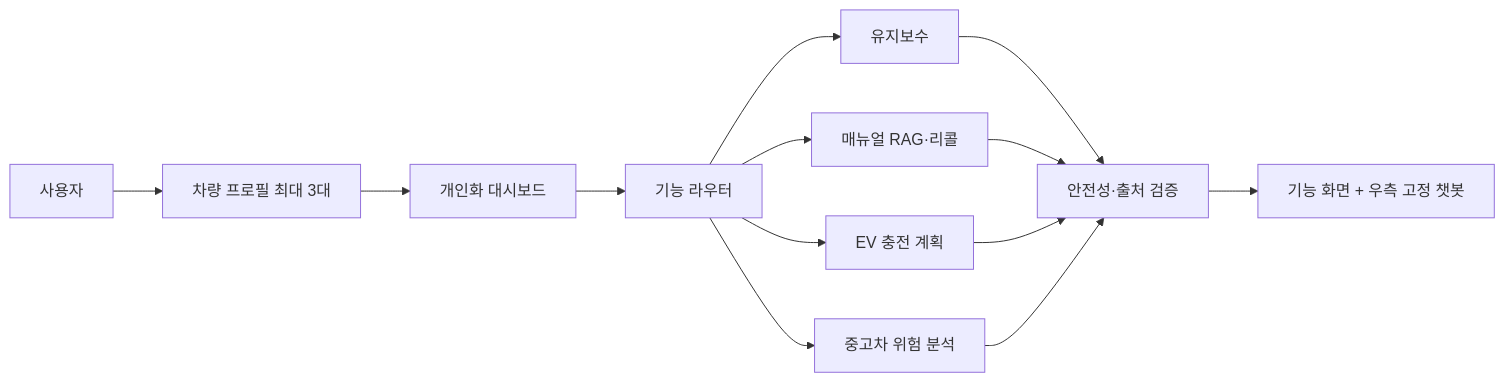
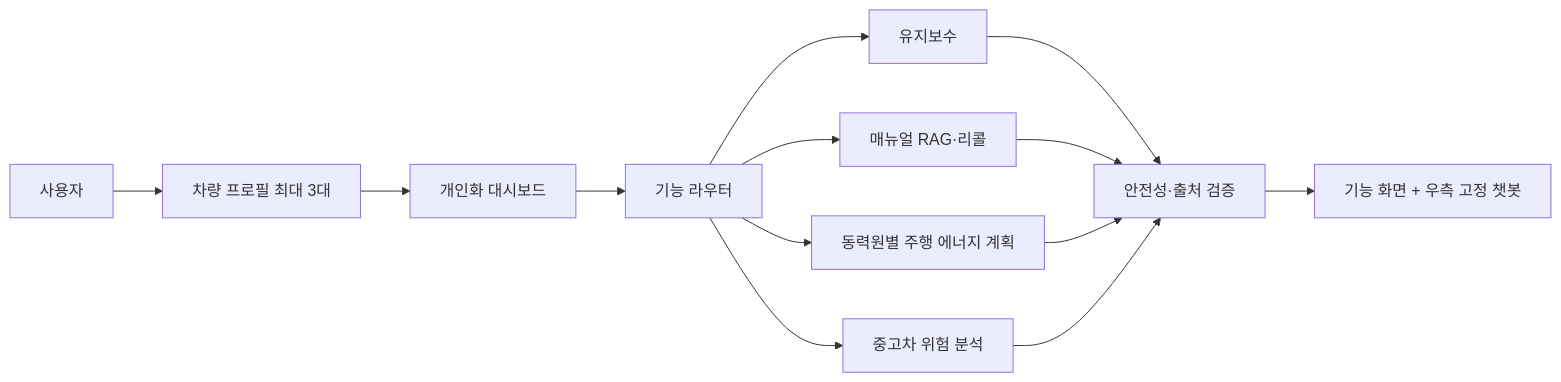
One commit to KIMDOHONG/auto-progress-squad changed the diagram in docs/architecture.md. Above: the diagram before and after it, drawn with Mermaid. The commit also changed other lines of this file and 25 other files, not shown here.

````diff
--- a/docs/architecture.md
+++ b/docs/architecture.md
@@ -9,15 +9,15 @@
 ```mermaid
 flowchart LR
     U[사용자] --> P[차량 프로필 최대 3대]
     P --> D[개인화 대시보드]
     D --> R[기능 라우터]
     R --> M[유지보수]
     R --> K[매뉴얼 RAG·리콜]
-    R --> E[EV 충전 계획]
+    R --> E[동력원별 주행 에너지 계획]
     R --> C[중고차 위험 분석]
     M --> S[안전성·출처 검증]
     K --> S
     E --> S
     C --> S
     S --> UI[기능 화면 + 우측 고정 챗봇]
 ```
````
